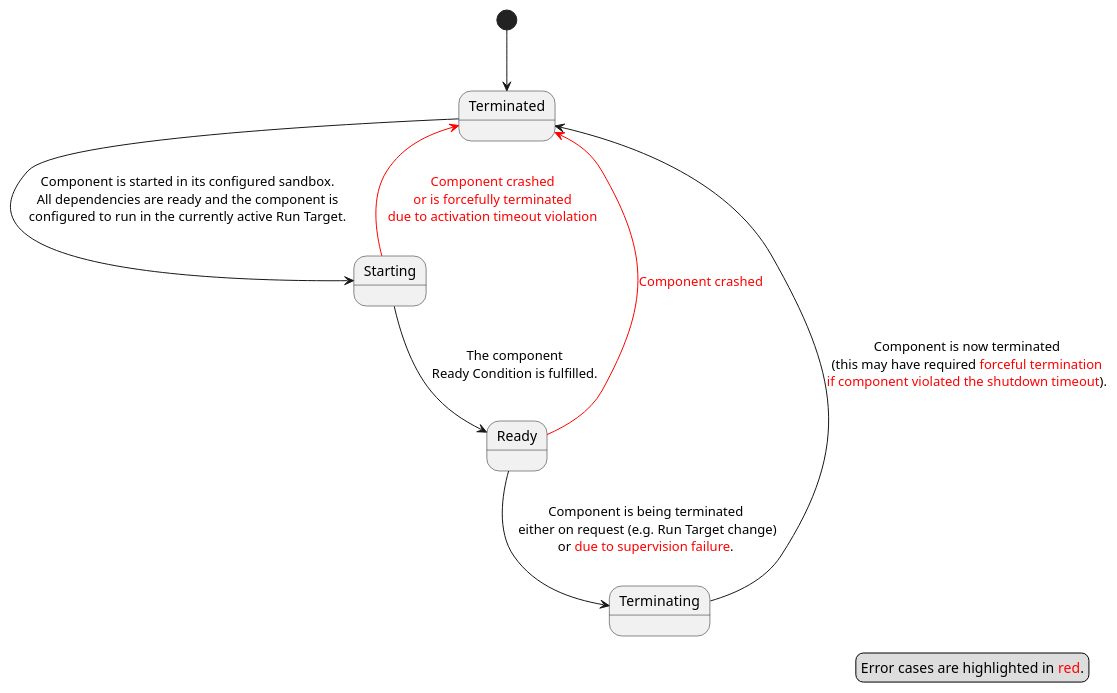
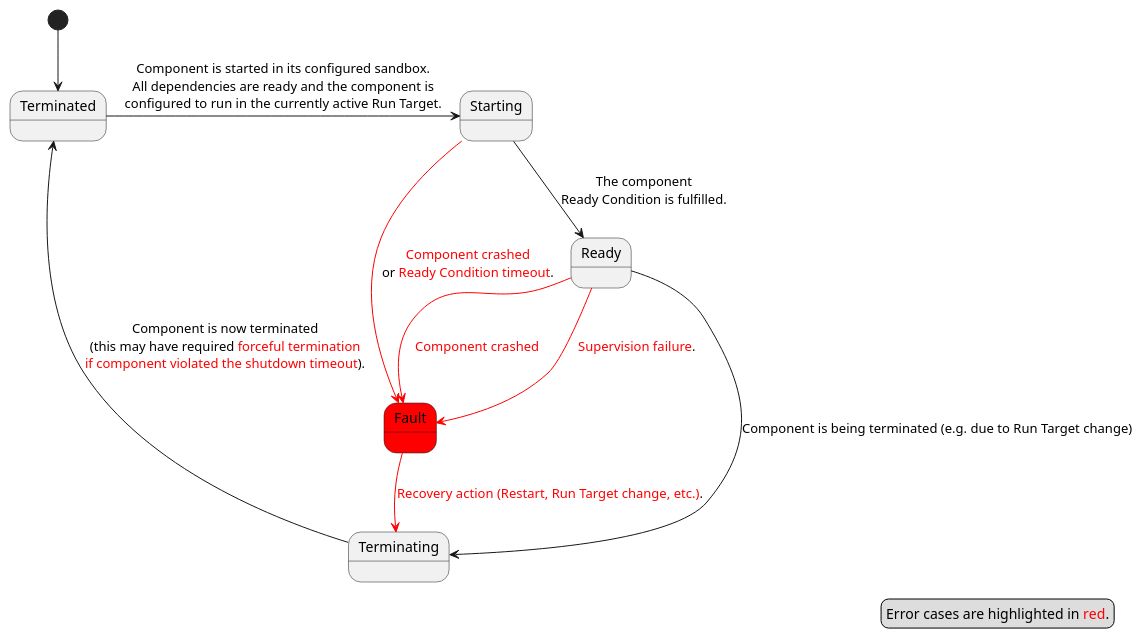
The diagram in docs/features/lifecycle/architecture/_assets/lifecycle_component_state_machine.puml (eclipse-score/lifecycle), drawn with PlantUML before and after one commit. The commit also changed 1 other file, not shown here.

Commit message:
Component Fault State

```diff
--- a/docs/features/lifecycle/architecture/_assets/lifecycle_component_state_machine.puml
+++ b/docs/features/lifecycle/architecture/_assets/lifecycle_component_state_machine.puml
@@ -14,15 +14,20 @@
 @startuml Component State Machine
 
 [*] -d-> Terminated
 Terminated -> Starting : Component is started in its configured sandbox.\nAll dependencies are ready and the component is\nconfigured to run in the currently active Run Target.
 Starting --> Ready : The component\nReady Condition is fulfilled.
-Ready --> Terminating : Component is being terminated\n either on request (e.g. Run Target change)\nor <color:red>due to supervision failure</color>.
+Ready --> Terminating : Component is being terminated (e.g. due to Run Target change)
 Terminating --> Terminated : Component is now terminated\n(this may have required <color:red>forceful termination</color>\n<color:red>if component violated the shutdown timeout</color>).
-Starting -[#red]-> Terminated : <color:red>Component crashed</color>\n<color:red>or is forcefully terminated</color>\n<color:red>due to activation timeout violation</color>
-Ready -[#red]-> Terminated : <color:red>Component crashed</color>
+
+state Fault #red
+Ready -[#red]-> Fault : <color:red>Supervision failure</color>.
+Starting -[#red]-> Fault : <color:red>Component crashed</color>\nor <color:red>Ready Condition timeout</color>.
+Ready -[#red]-> Fault : <color:red>Component crashed</color>
+
+Fault -[#red]-> Terminating : <color:red>Recovery action (Restart, Run Target change, etc.)</color>.
 
 legend right
 	Error cases are highlighted in <color:red>red</color>.
 endlegend
 
 @enduml
```
